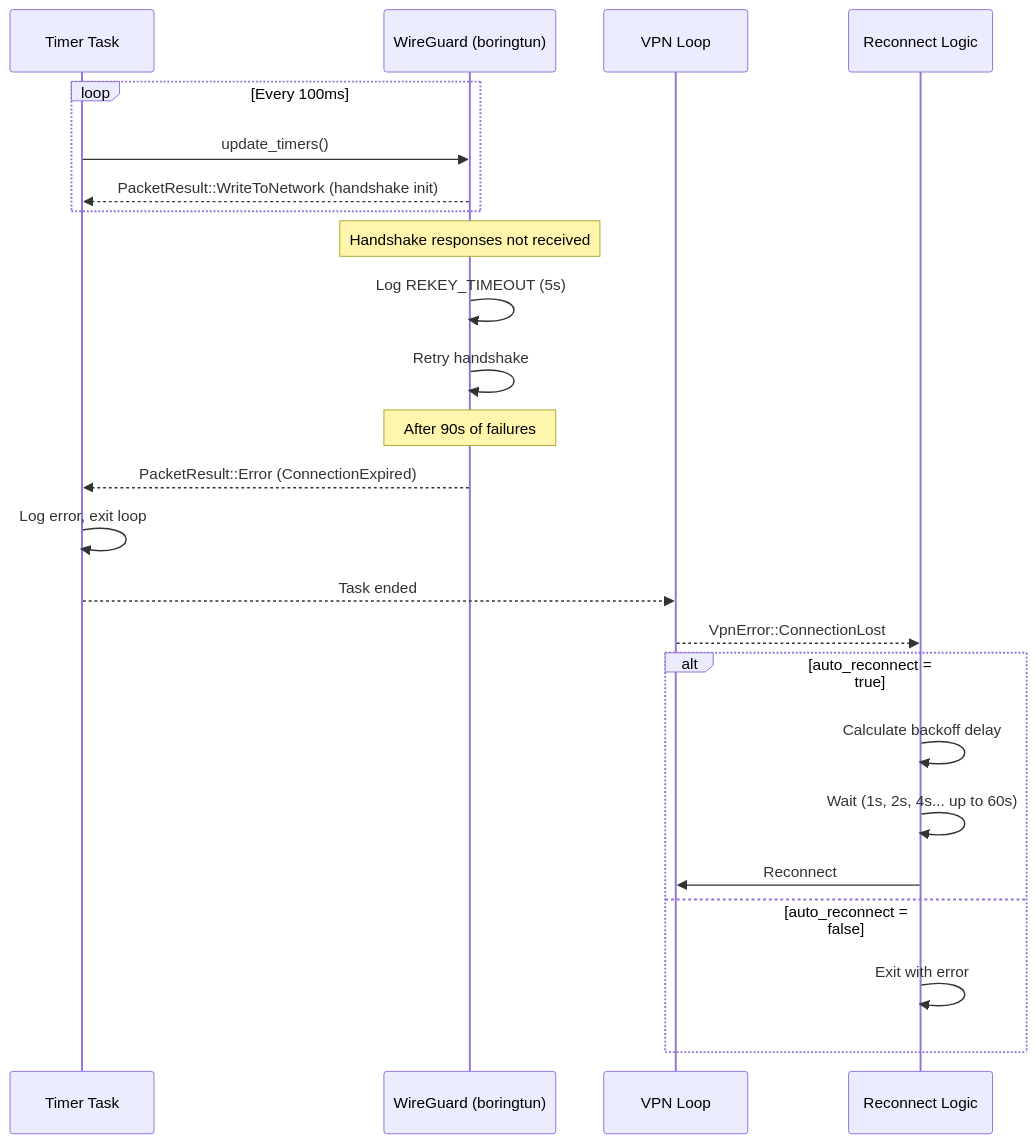
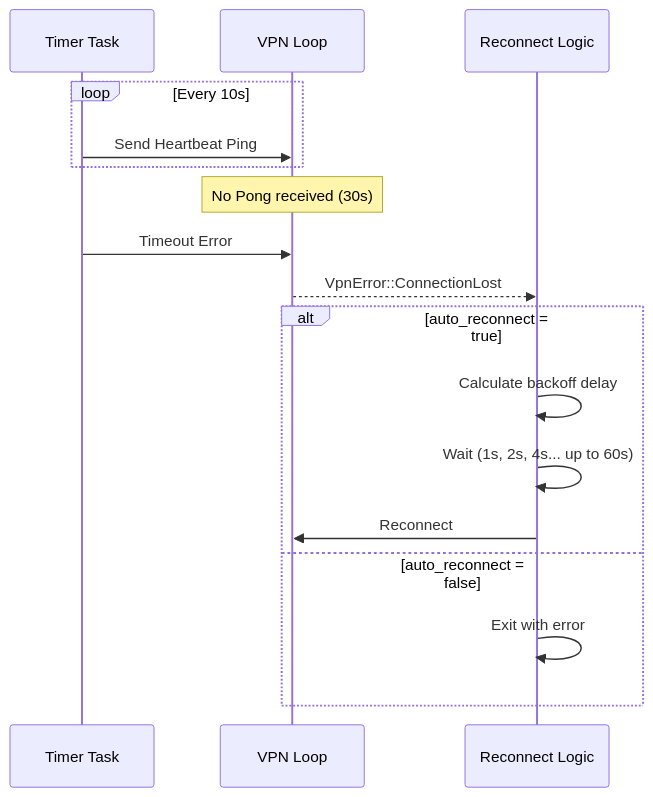
Diagram 16 of 42 in docs/ARCHITECTURE.md (andrewtheguy/vpn-rs), drawn with Mermaid before and after one commit. The commit also changed other lines of this file, not shown here.

Commit message:
fix: update VPN mode documentation to reflect direct IP-over-QUIC encryption and remove WireGuard references

````diff
--- a/docs/ARCHITECTURE.md
+++ b/docs/ARCHITECTURE.md
@@ -775,31 +721,22 @@
 ```mermaid
 sequenceDiagram
     participant T as Timer Task
-    participant WG as WireGuard (boringtun)
     participant VPN as VPN Loop
     participant RC as Reconnect Logic
 
-    loop Every 100ms
-        T->>WG: update_timers()
-        WG-->>T: PacketResult::WriteToNetwork (handshake init)
+    loop Every 10s
+        T->>VPN: Send Heartbeat Ping
     end
 
-    Note over WG: Handshake responses not received
-    WG->>WG: Log REKEY_TIMEOUT (5s)
-    WG->>WG: Retry handshake
-
-    Note over WG: After 90s of failures
-    WG-->>T: PacketResult::Error (ConnectionExpired)
-    T->>T: Log error, exit loop
-
-    T-->>VPN: Task ended
+    Note over VPN: No Pong received (30s)
+    T->>VPN: Timeout Error
     VPN-->>RC: VpnError::ConnectionLost
 
     alt auto_reconnect = true
         RC->>RC: Calculate backoff delay
         RC->>RC: Wait (1s, 2s, 4s... up to 60s)
         RC->>VPN: Reconnect
     else auto_reconnect = false
         RC->>RC: Exit with error
     end
 ```
````
